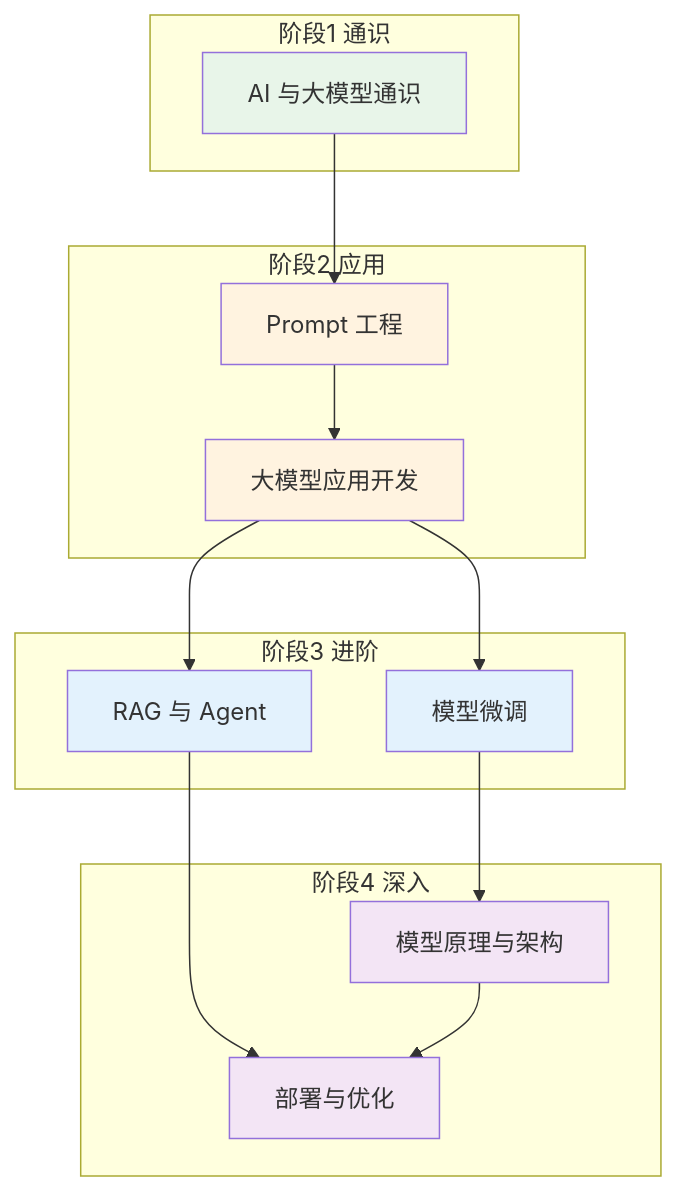
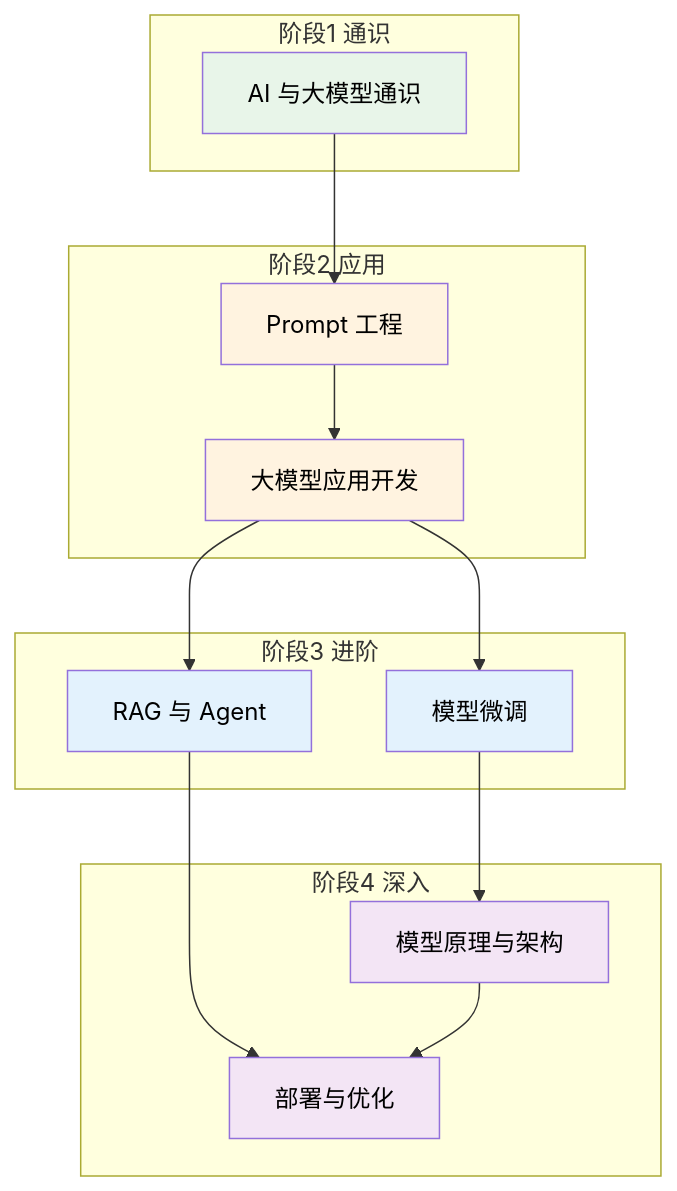
One commit to Atituiset/llm-konwleage-hub changed the eighth of 8 diagrams in src/01-ai-overview/README.md. Above: the diagram before and after it, drawn with Mermaid. The commit also changed other lines of this file and 1 other file, not shown here.

Commit message:
Fix dark-mode contrast: theme-adaptive blockquote/tip/note/warning backgrounds, translucent table hover, dark text on light Mermaid nodes

````diff
--- a/src/01-ai-overview/README.md
+++ b/src/01-ai-overview/README.md
@@ -264,37 +264,37 @@
 ```mermaid
 graph TD
     subgraph 阶段1 通识
         S1[AI 与大模型通识]
     end
     
     subgraph 阶段2 应用
         S2[Prompt 工程]
         S3[大模型应用开发]
     end
     
     subgraph 阶段3 进阶
         S4[模型微调]
         S5[RAG 与 Agent]
     end
     
     subgraph 阶段4 深入
         S6[模型原理与架构]
         S7[部署与优化]
     end
     
     S1 --> S2
     S2 --> S3
     S3 --> S4
     S3 --> S5
     S4 --> S6
     S5 --> S7
     S6 --> S7
     
-    style S1 fill:#e8f5e9
-    style S2 fill:#fff3e0
-    style S3 fill:#fff3e0
-    style S4 fill:#e3f2fd
-    style S5 fill:#e3f2fd
-    style S6 fill:#f3e5f5
-    style S7 fill:#f3e5f5
+    style S1 fill:#e8f5e9,color:#000
+    style S2 fill:#fff3e0,color:#000
+    style S3 fill:#fff3e0,color:#000
+    style S4 fill:#e3f2fd,color:#000
+    style S5 fill:#e3f2fd,color:#000
+    style S6 fill:#f3e5f5,color:#000
+    style S7 fill:#f3e5f5,color:#000
 ```
````
